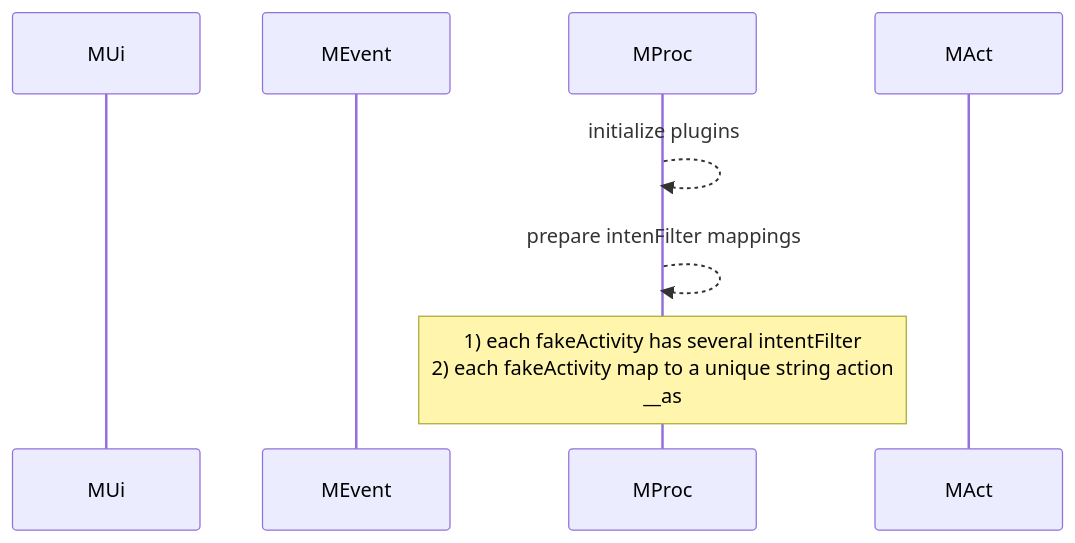
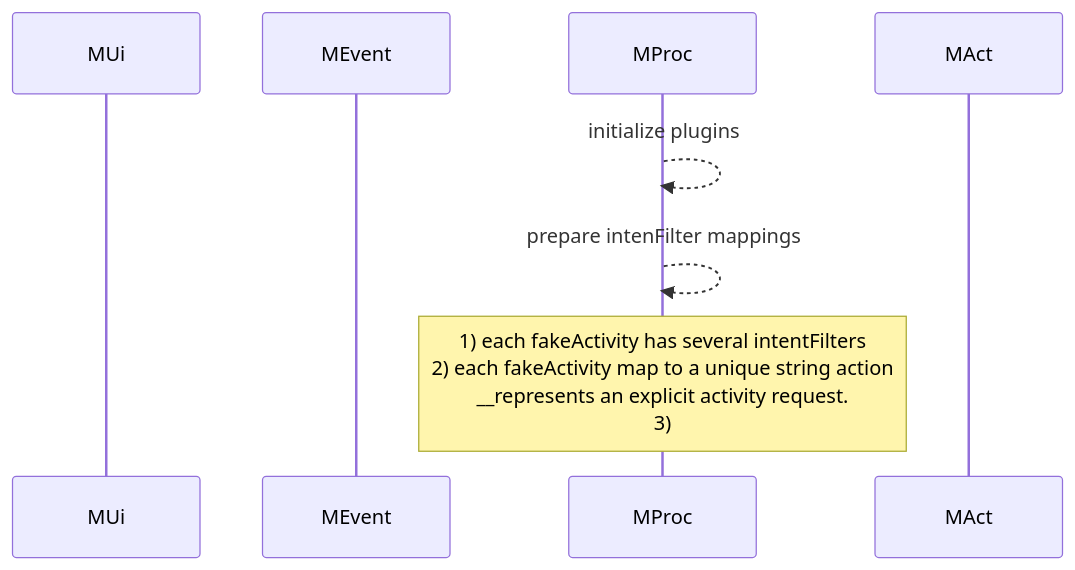
Before and after one commit to gordianknotC/nxp_note: the third of 6 diagrams in flutter/android_to_flutter.md, drawn with Mermaid. The commit also changed other lines of this file, not shown here.

````diff
--- a/flutter/android_to_flutter.md
+++ b/flutter/android_to_flutter.md
@@ -50,11 +50,11 @@
 ```mermaid
 sequenceDiagram
 participant MUi
 participant MEvent
 participant MProc
 participant MAct
 
 MProc-->>MProc: initialize plugins
 MProc-->>MProc: prepare intenFilter mappings
-Note over MProc: 1) each fakeActivity has several intentFilter<br>2) each fakeActivity map to a unique string action<br>__as
+Note over MProc: 1) each fakeActivity has several intentFilters<br>2) each fakeActivity map to a unique string action<br>__represents an explicit activity request.<br>3)
 ```
````
